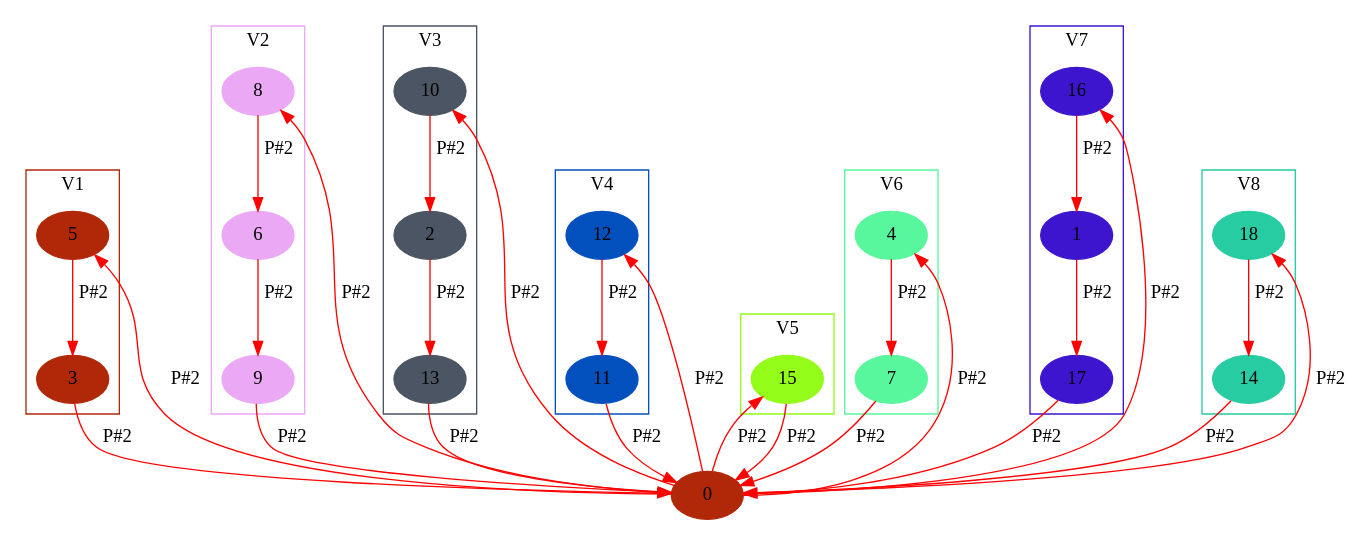
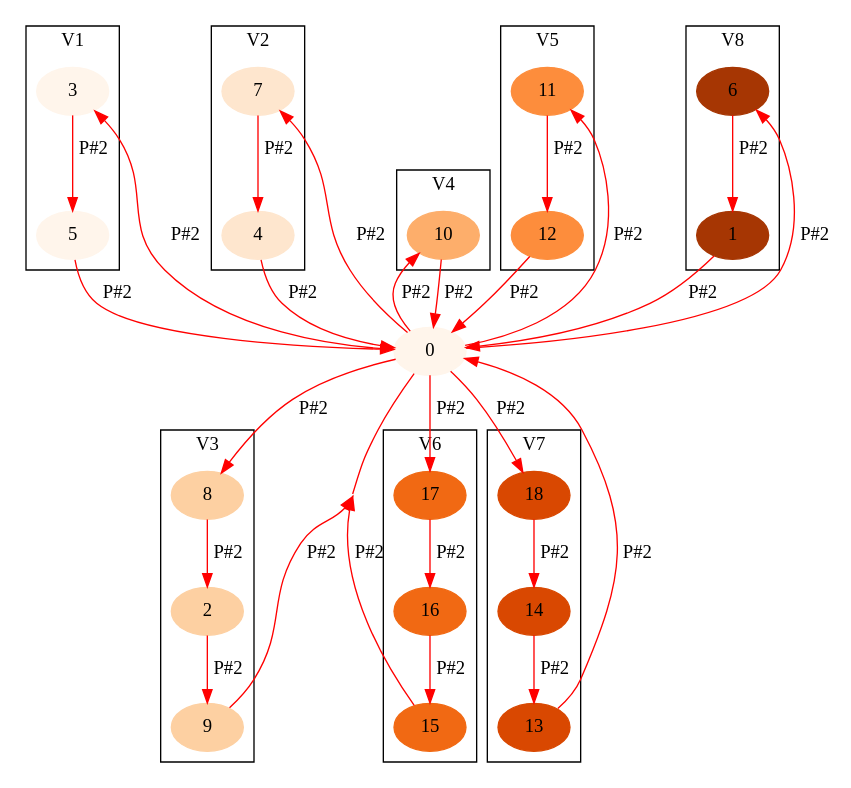
One commit to akosej/vehicle_routing changed the diagram in grafos/iteration1.dot. Above: the diagram before and after it, drawn with Graphviz. The commit also changed 2 other files, not shown here.

```diff
--- a/grafos/iteration1.dot
+++ b/grafos/iteration1.dot
@@ -1,84 +1,116 @@
 digraph G {
-	node [style=filled, color="#b02808"] 0 5 3 0;
+	beautify=true
+	center=true
+	concentrate=true
+	node [colorscheme=oranges9] 
+	node [style=filled, color=1] 0 3 5 0;
 	subgraph clusterG0 {
 	label="V1" 
-	color="#b02808" 
+	color=1 
 	bgcolor=white
-	 5 3 }
+	 3 5 }
 
-	0 -> 5 [label="P#2"; color=red];
-	5 -> 3 [label="P#2"; color=red];
-	3 -> 0 [label="P#2"; color=red];
-	node [style=filled, color="#eaa8f5"] 0 8 6 9 0;
+	0 -> 3 [label="P#2"; color=red];
+	3 -> 5 [label="P#2"; color=red];
+	5 -> 0 [label="P#2"; color=red];
+	beautify=true
+	center=true
+	concentrate=true
+	node [colorscheme=oranges9] 
+	node [style=filled, color=2] 0 7 4 0;
 	subgraph clusterG1 {
 	label="V2" 
-	color="#eaa8f5" 
+	color=2 
 	bgcolor=white
-	 8 6 9 }
+	 7 4 }
+
+	0 -> 7 [label="P#2"; color=red];
+	7 -> 4 [label="P#2"; color=red];
+	4 -> 0 [label="P#2"; color=red];
+	beautify=true
+	center=true
+	concentrate=true
+	node [colorscheme=oranges9] 
+	node [style=filled, color=3] 0 8 2 9 0;
+	subgraph clusterG2 {
+	label="V3" 
+	color=3 
+	bgcolor=white
+	 8 2 9 }
 
 	0 -> 8 [label="P#2"; color=red];
-	8 -> 6 [label="P#2"; color=red];
-	6 -> 9 [label="P#2"; color=red];
+	8 -> 2 [label="P#2"; color=red];
+	2 -> 9 [label="P#2"; color=red];
 	9 -> 0 [label="P#2"; color=red];
-	node [style=filled, color="#4c5563"] 0 10 2 13 0;
-	subgraph clusterG2 {
-	label="V3" 
-	color="#4c5563" 
+	beautify=true
+	center=true
+	concentrate=true
+	node [colorscheme=oranges9] 
+	node [style=filled, color=4] 0 10 0;
+	subgraph clusterG3 {
+	label="V4" 
+	color=4 
 	bgcolor=white
-	 10 2 13 }
+	 10 }
 
 	0 -> 10 [label="P#2"; color=red];
-	10 -> 2 [label="P#2"; color=red];
-	2 -> 13 [label="P#2"; color=red];
-	13 -> 0 [label="P#2"; color=red];
-	node [style=filled, color="#0250be"] 0 12 11 0;
-	subgraph clusterG3 {
-	label="V4" 
-	color="#0250be" 
-	bgcolor=white
-	 12 11 }
-
-	0 -> 12 [label="P#2"; color=red];
-	12 -> 11 [label="P#2"; color=red];
-	11 -> 0 [label="P#2"; color=red];
-	node [style=filled, color="#93fc18"] 0 15 0;
+	10 -> 0 [label="P#2"; color=red];
+	beautify=true
+	center=true
+	concentrate=true
+	node [colorscheme=oranges9] 
+	node [style=filled, color=5] 0 11 12 0;
 	subgraph clusterG4 {
 	label="V5" 
-	color="#93fc18" 
+	color=5 
 	bgcolor=white
-	 15 }
+	 11 12 }
 
-	0 -> 15 [label="P#2"; color=red];
-	15 -> 0 [label="P#2"; color=red];
-	node [style=filled, color="#58f69d"] 0 4 7 0;
+	0 -> 11 [label="P#2"; color=red];
+	11 -> 12 [label="P#2"; color=red];
+	12 -> 0 [label="P#2"; color=red];
+	beautify=true
+	center=true
+	concentrate=true
+	node [colorscheme=oranges9] 
+	node [style=filled, color=6] 0 17 16 15 0;
 	subgraph clusterG5 {
 	label="V6" 
-	color="#58f69d" 
+	color=6 
 	bgcolor=white
-	 4 7 }
+	 17 16 15 }
 
-	0 -> 4 [label="P#2"; color=red];
-	4 -> 7 [label="P#2"; color=red];
-	7 -> 0 [label="P#2"; color=red];
-	node [style=filled, color="#3d15ce"] 0 16 1 17 0;
+	0 -> 17 [label="P#2"; color=red];
+	17 -> 16 [label="P#2"; color=red];
+	16 -> 15 [label="P#2"; color=red];
+	15 -> 0 [label="P#2"; color=red];
+	beautify=true
+	center=true
+	concentrate=true
+	node [colorscheme=oranges9] 
+	node [style=filled, color=7] 0 18 14 13 0;
 	subgraph clusterG6 {
 	label="V7" 
-	color="#3d15ce" 
+	color=7 
 	bgcolor=white
-	 16 1 17 }
-
-	0 -> 16 [label="P#2"; color=red];
-	16 -> 1 [label="P#2"; color=red];
-	1 -> 17 [label="P#2"; color=red];
-	17 -> 0 [label="P#2"; color=red];
-	node [style=filled, color="#27cca2"] 0 18 14 0;
-	subgraph clusterG7 {
-	label="V8" 
-	color="#27cca2" 
-	bgcolor=white
-	 18 14 }
+	 18 14 13 }
 
 	0 -> 18 [label="P#2"; color=red];
 	18 -> 14 [label="P#2"; color=red];
-	14 -> 0 [label="P#2"; color=red];
+	14 -> 13 [label="P#2"; color=red];
+	13 -> 0 [label="P#2"; color=red];
+	beautify=true
+	center=true
+	concentrate=true
+	node [colorscheme=oranges9] 
+	node [style=filled, color=8] 0 6 1 0;
+	subgraph clusterG7 {
+	label="V8" 
+	color=8 
+	bgcolor=white
+	 6 1 }
+
+	0 -> 6 [label="P#2"; color=red];
+	6 -> 1 [label="P#2"; color=red];
+	1 -> 0 [label="P#2"; color=red];
 }
```
